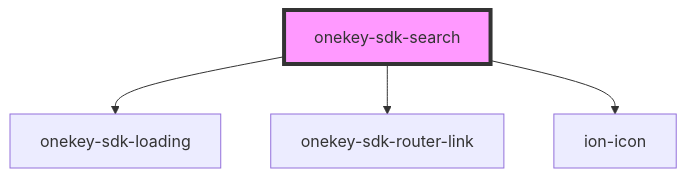
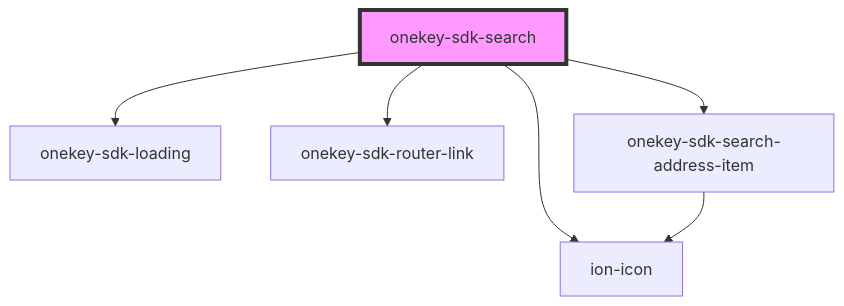
The diagram in packages/onekey-sdk-core-ui/docs/components/screens/onekey-sdk-search/readme.md (hcl-sdk/HealthCareLocatorWebSDK), drawn with Mermaid before and after one commit. The commit also changed other lines of this file and 36 other files, not shown here.

````diff
--- a/packages/onekey-sdk-core-ui/docs/components/screens/onekey-sdk-search/readme.md
+++ b/packages/onekey-sdk-core-ui/docs/components/screens/onekey-sdk-search/readme.md
@@ -17,7 +18,9 @@
 ```mermaid
 graph TD;
   onekey-sdk-search --> onekey-sdk-loading
   onekey-sdk-search --> onekey-sdk-router-link
   onekey-sdk-search --> ion-icon
+  onekey-sdk-search --> onekey-sdk-search-address-item
+  onekey-sdk-search-address-item --> ion-icon
   style onekey-sdk-search fill:#f9f,stroke:#333,stroke-width:4px
 ```
````
